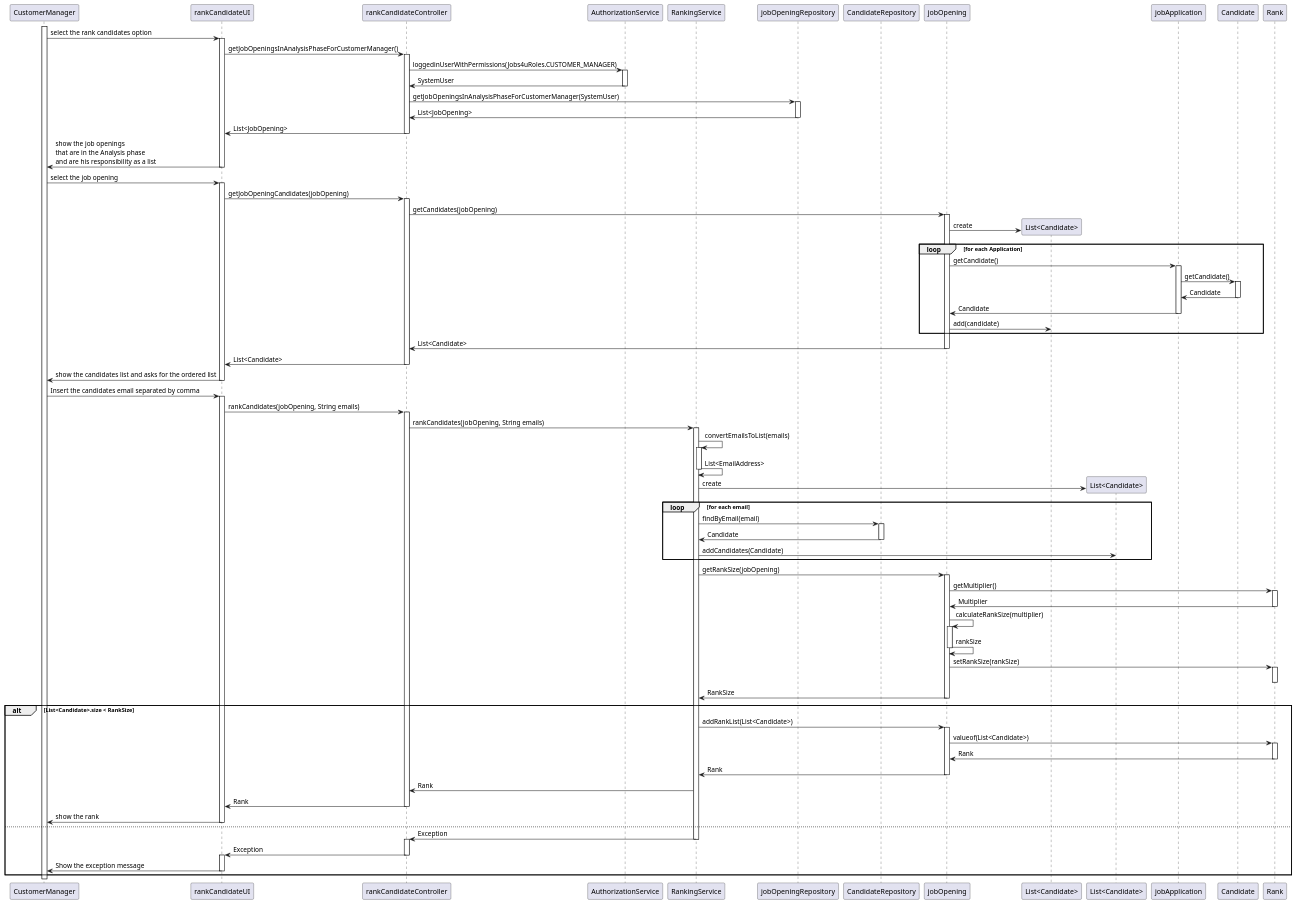
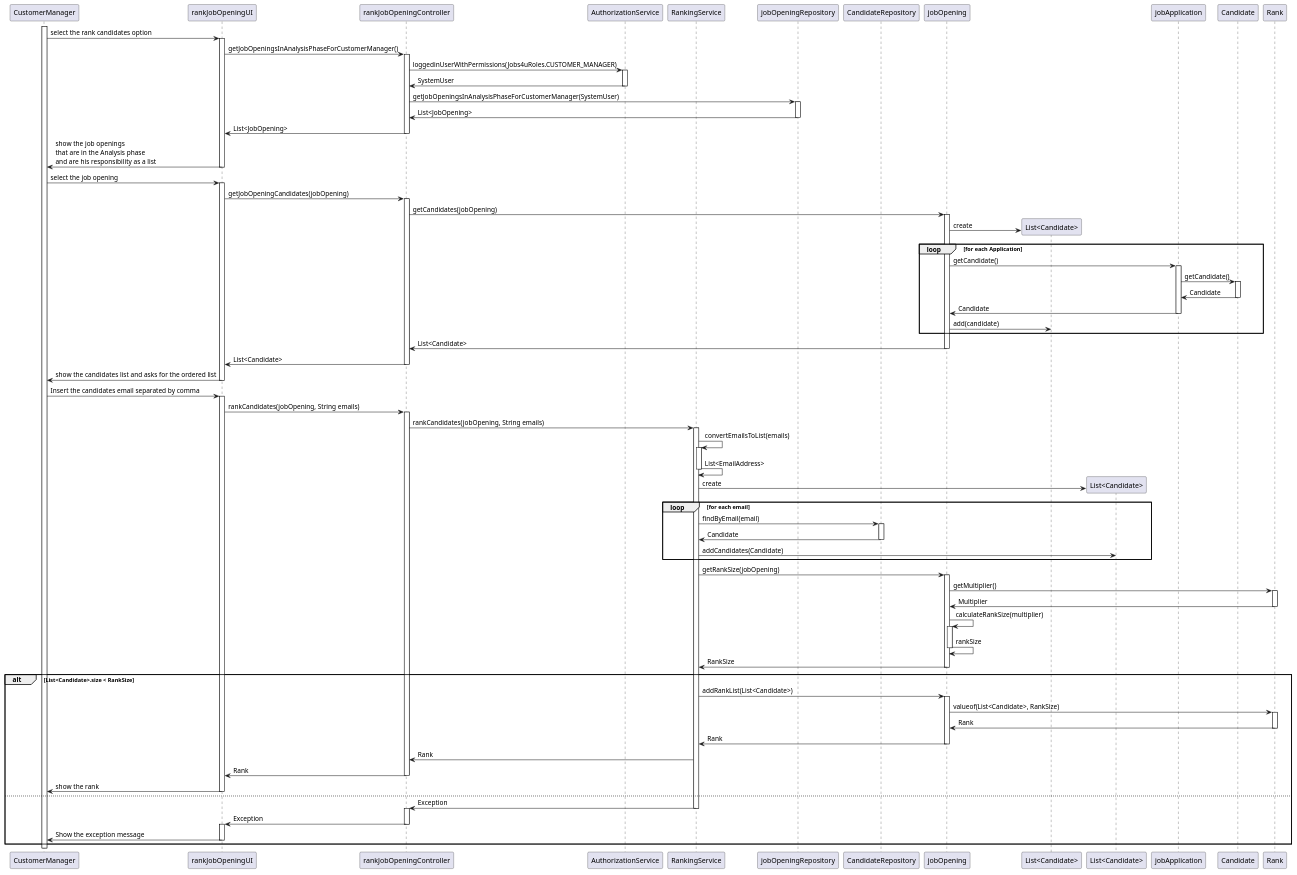
Before and after one commit to Rodrick0209/ISEP-SEM4PI-23-24: the diagram in docs/SprintC/us1013/SD/sd.puml, drawn with PlantUML. The commit also changed 1 other file, not shown here.

```diff
--- a/docs/SprintC/us1013/SD/sd.puml
+++ b/docs/SprintC/us1013/SD/sd.puml
@@ -1,157 +1,155 @@
 @startuml
 
 participant CustomerManager
-participant rankCandidateUI as UI
-participant rankCandidateController as controller
+participant rankJobOpeningUI as UI
+participant rankJobOpeningController as controller
 participant "AuthorizationService" as auth
 participant "RankingService" as service
 participant jobOpeningRepository as jrepo
 participant CandidateRepository as crepo
 participant jobOpening as jo
 participant "List<Candidate>" as lc
 participant "List<Candidate>" as lc1
 participant jobApplication as ja
 participant Candidate as c
 participant Rank as rank
 
 activate CustomerManager
 
 
 CustomerManager -> UI: select the rank candidates option
 activate UI
 UI-> controller: getJobOpeningsInAnalysisPhaseForCustomerManager()
 activate controller
 
 controller->auth: loggedinUserWithPermissions(Jobs4uRoles.CUSTOMER_MANAGER)
 activate auth
 auth->controller: SystemUser
 deactivate auth
 
 controller -> jrepo: getJobOpeningsInAnalysisPhaseForCustomerManager(SystemUser)
 activate jrepo
 jrepo -> controller: List<JobOpening>
 deactivate jrepo
 controller -> UI: List<JobOpening>
 deactivate controller
 
 UI -> CustomerManager: show the job openings \nthat are in the Analysis phase \nand are his responsibility as a list
 deactivate UI
 
 CustomerManager -> UI: select the job opening
 activate UI
 UI -> controller: getJobOpeningCandidates(jobOpening)
 
 activate controller
 
 controller -> jo: getCandidates(jobOpening)
 
 activate jo
 
 jo->lc**: create
 loop for each Application
     jo -> ja: getCandidate()
     activate ja
 
     ja -> c: getCandidate()
     activate c
 
     c -> ja: Candidate
     deactivate c
 
     ja ->jo: Candidate
     deactivate  ja
     jo-> lc:add(candidate)
 end
 
 jo -> controller: List<Candidate>
 deactivate jo
 controller -> UI: List<Candidate>
 deactivate controller
 
 
 UI -> CustomerManager: show the candidates list and asks for the ordered list
 deactivate UI
 CustomerManager-> UI: Insert the candidates email separated by comma
 activate UI
 UI -> controller: rankCandidates(jobOpening, String emails)
 activate controller
 controller -> service: rankCandidates(jobOpening, String emails)
 activate service
 
 
 service -> service: convertEmailsToList(emails)
 activate service
 service -> service: List<EmailAddress>
 deactivate service
 service -> lc1 **: create
 loop for each email
     service -> crepo: findByEmail(email)
     activate crepo
 
     crepo -> service: Candidate
     deactivate crepo
     service->lc1: addCandidates(Candidate)
 end
 
     service -> jo: getRankSize(jobOpening)
     activate jo
     jo->rank: getMultiplier()
     activate rank
     rank -> jo: Multiplier
     deactivate rank
 
     jo -> jo : calculateRankSize(multiplier)
     activate jo
     jo->jo: rankSize
     deactivate jo
-    jo->rank: setRankSize(rankSize)
-    activate rank
-    deactivate rank
+
 
     jo -> service: RankSize
     deactivate jo
 
     alt List<Candidate>.size < RankSize
         service ->jo: addRankList(List<Candidate>)
         activate jo
-        jo->rank: valueof(List<Candidate>)
+        jo->rank: valueof(List<Candidate>, RankSize)
         activate rank
 
         rank -> jo: Rank
         deactivate rank
         jo -> service: Rank
         deactivate jo
 
 
 
 
 
 
 
 
     service -> controller: Rank
 
 
     controller -> UI:Rank
     deactivate controller
 
 
     UI -> CustomerManager: show the rank
     deactivate UI
 else
     service -> controller: Exception
     deactivate service
     activate controller
 
 
     controller -> UI:Exception
     deactivate controller
     activate UI
     deactivate controller
 
     UI -> CustomerManager: Show the exception message
     deactivate UI
 
 end
 
 @enduml
```
